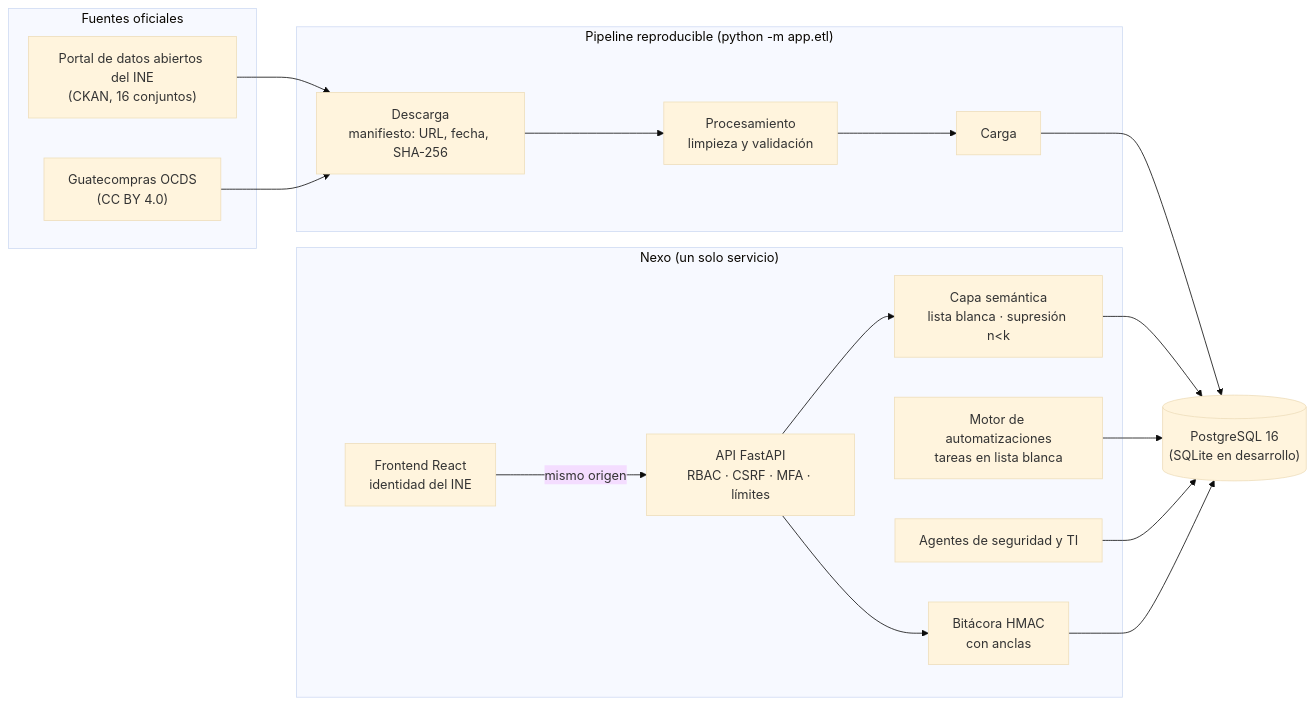
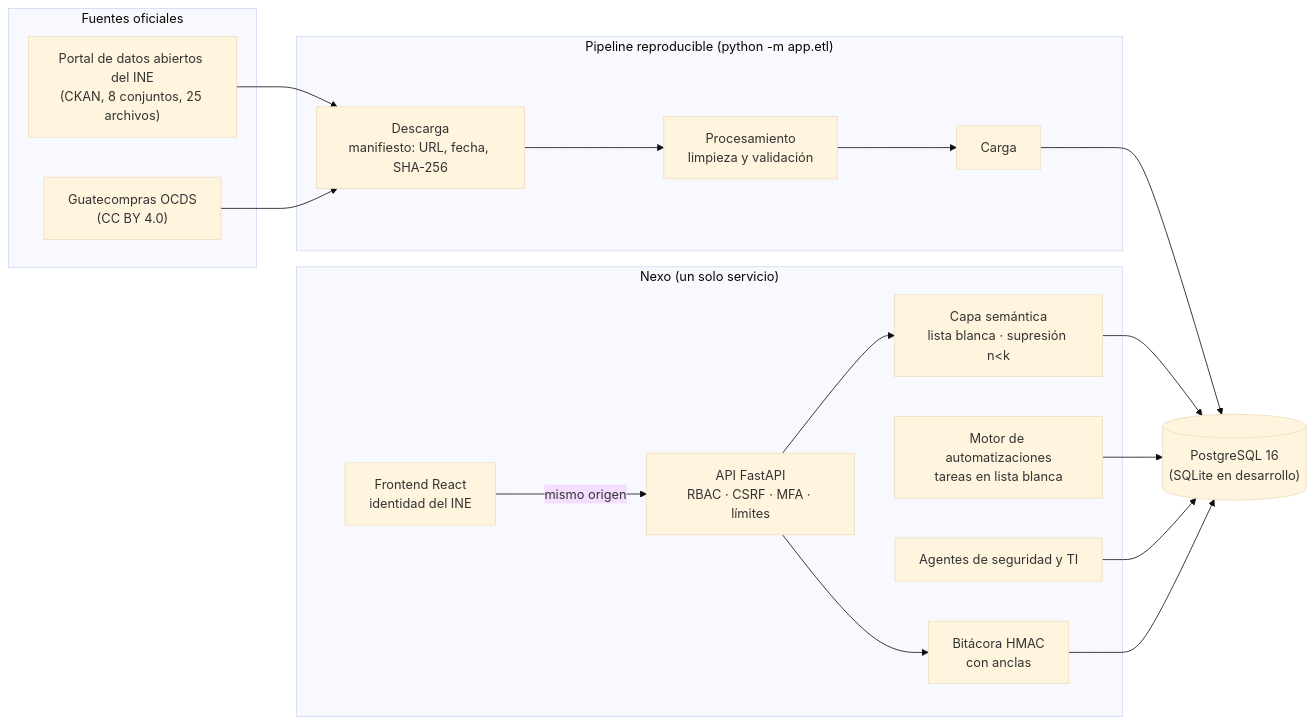
One commit to Astral910/nexo-ine changed the diagram in README.md. Above: the diagram before and after it, drawn with Mermaid (base theme). The commit also changed 4 other files, not shown here.

````diff
--- a/README.md
+++ b/README.md
@@ -62,27 +62,27 @@
 ```mermaid
 flowchart LR
   subgraph Fuentes["Fuentes oficiales"]
-    INE["Portal de datos abiertos del INE<br/>(CKAN, 16 conjuntos)"]
+    INE["Portal de datos abiertos del INE<br/>(CKAN, 8 conjuntos, 25 archivos)"]
     OCDS["Guatecompras OCDS<br/>(CC BY 4.0)"]
   end
   subgraph ETL["Pipeline reproducible (python -m app.etl)"]
     D["Descarga<br/>manifiesto: URL, fecha, SHA-256"] --> P["Procesamiento<br/>limpieza y validación"] --> C["Carga"]
   end
   subgraph Nexo["Nexo (un solo servicio)"]
     API["API FastAPI<br/>RBAC · CSRF · MFA · límites"]
     SEM["Capa semántica<br/>lista blanca · supresión n&lt;k"]
     AUT["Motor de automatizaciones<br/>tareas en lista blanca"]
     AG["Agentes de seguridad y TI"]
     BIT["Bitácora HMAC<br/>con anclas"]
     WEB["Frontend React<br/>identidad del INE"]
   end
   BD[("PostgreSQL 16<br/>(SQLite en desarrollo)")]
   INE --> D
   OCDS --> D
   C --> BD
   WEB -->|mismo origen| API
   API --> SEM --> BD
   AUT --> BD
   AG --> BD
   API --> BIT --> BD
 ```
````
